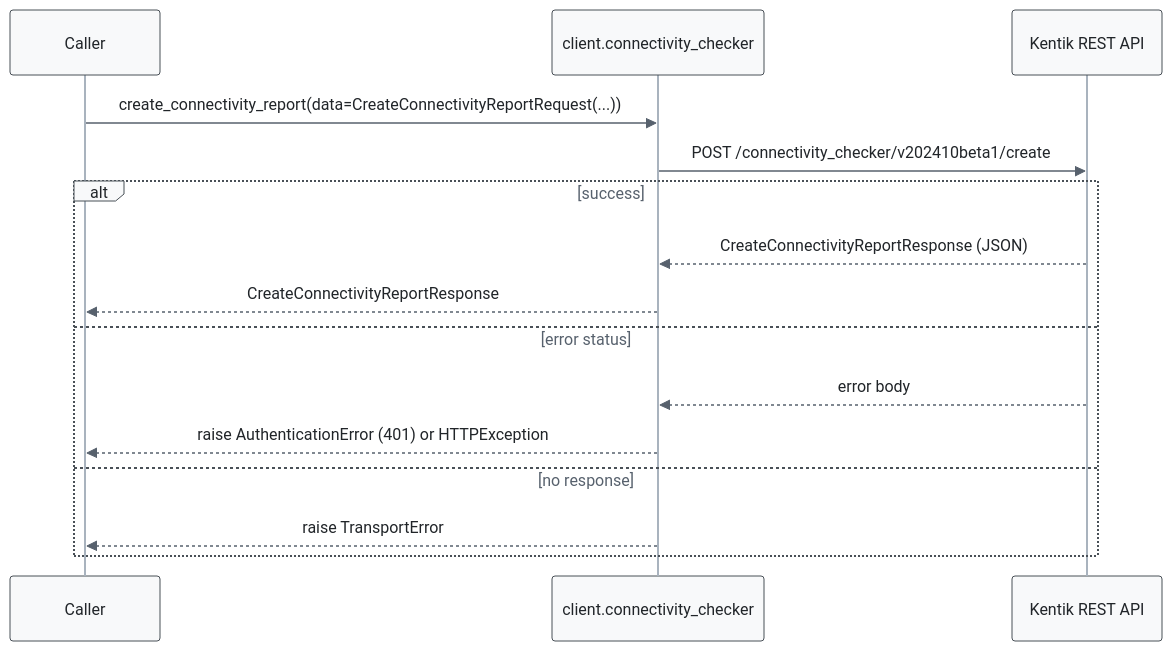
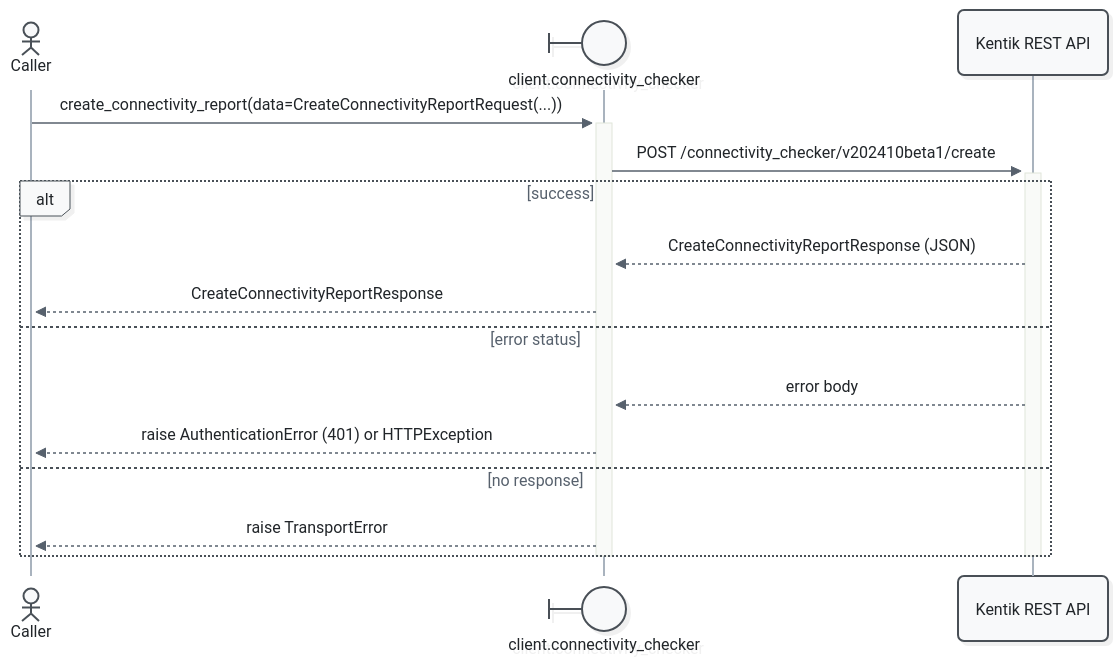
The first of 3 diagrams in docs/sphinx/services/connectivity_checker.md (alexdearaujo/community_sdk_python), drawn with Mermaid before and after one commit. The commit also changed other lines of this file and 52 other files, not shown here.

First line of the commit message:
docs: Mermaid 12 sequence diagrams with participant types and path colors

````diff
--- a/docs/sphinx/services/connectivity_checker.md
+++ b/docs/sphinx/services/connectivity_checker.md
@@ -33,19 +33,21 @@
 ```mermaid
-%%{init: {"theme": "base", "fontFamily": "ui-monospace, SFMono-Regular, Menlo, monospace", "themeVariables": {"fontFamily": "ui-monospace, SFMono-Regular, Menlo, monospace", "primaryColor": "#f8f9fa", "primaryBorderColor": "#495057", "primaryTextColor": "#212529", "textColor": "#212529", "lineColor": "#77818c", "edgeLabelBackground": "#ffffff", "actorBkg": "#f8f9fa", "actorBorder": "#495057", "actorTextColor": "#212529", "actorLineColor": "#a9b3be", "signalColor": "#57616d", "signalTextColor": "#212529", "labelBoxBkgColor": "#f8f9fa", "labelBoxBorderColor": "#495057", "labelTextColor": "#212529", "loopTextColor": "#57616d", "noteBkgColor": "#fff9db", "noteBorderColor": "#f08c00", "noteTextColor": "#a35a00"}, "flowchart": {"curve": "step", "nodeSpacing": 30, "rankSpacing": 70, "wrappingWidth": 400}}}%%
+%%{init: {"theme": "redux", "look": "neo", "layout": "dagre", "fontFamily": "ui-monospace, SFMono-Regular, Menlo, monospace", "themeVariables": {"fontFamily": "ui-monospace, SFMono-Regular, Menlo, monospace", "primaryColor": "#f8f9fa", "primaryBorderColor": "#495057", "primaryTextColor": "#212529", "textColor": "#212529", "lineColor": "#77818c", "edgeLabelBackground": "#ffffff", "actorBkg": "#f8f9fa", "actorBorder": "#495057", "actorTextColor": "#212529", "actorLineColor": "#a9b3be", "signalColor": "#57616d", "signalTextColor": "#212529", "labelBoxBkgColor": "#f8f9fa", "labelBoxBorderColor": "#495057", "labelTextColor": "#212529", "loopTextColor": "#57616d", "noteBkgColor": "#fff9db", "noteBorderColor": "#f08c00", "noteTextColor": "#a35a00"}, "sequence": {"activationWidth": 16}, "flowchart": {"curve": "step", "nodeSpacing": 30, "rankSpacing": 70, "wrappingWidth": 400}}}%%
 sequenceDiagram
-    participant C as Caller
-    participant W as client.connectivity_checker
+    actor C as Caller
+    participant W@{ "type": "boundary" } as client.connectivity_checker
     participant API as Kentik REST API
 
-    C->>W: create_connectivity_report(data=CreateConnectivityReportRequest(...))
-    W->>API: POST /connectivity_checker/v202410beta1/create
+    C->>+W: create_connectivity_report(data=CreateConnectivityReportRequest(...))
+    W->>+API: POST /connectivity_checker/v202410beta1/create
     alt success
         API-->>W: CreateConnectivityReportResponse (JSON)
         W-->>C: CreateConnectivityReportResponse
     else error status
         API-->>W: error body
         W-->>C: raise AuthenticationError (401) or HTTPException
     else no response
         W-->>C: raise TransportError
     end
+    deactivate API
+    deactivate W
 ```
````
